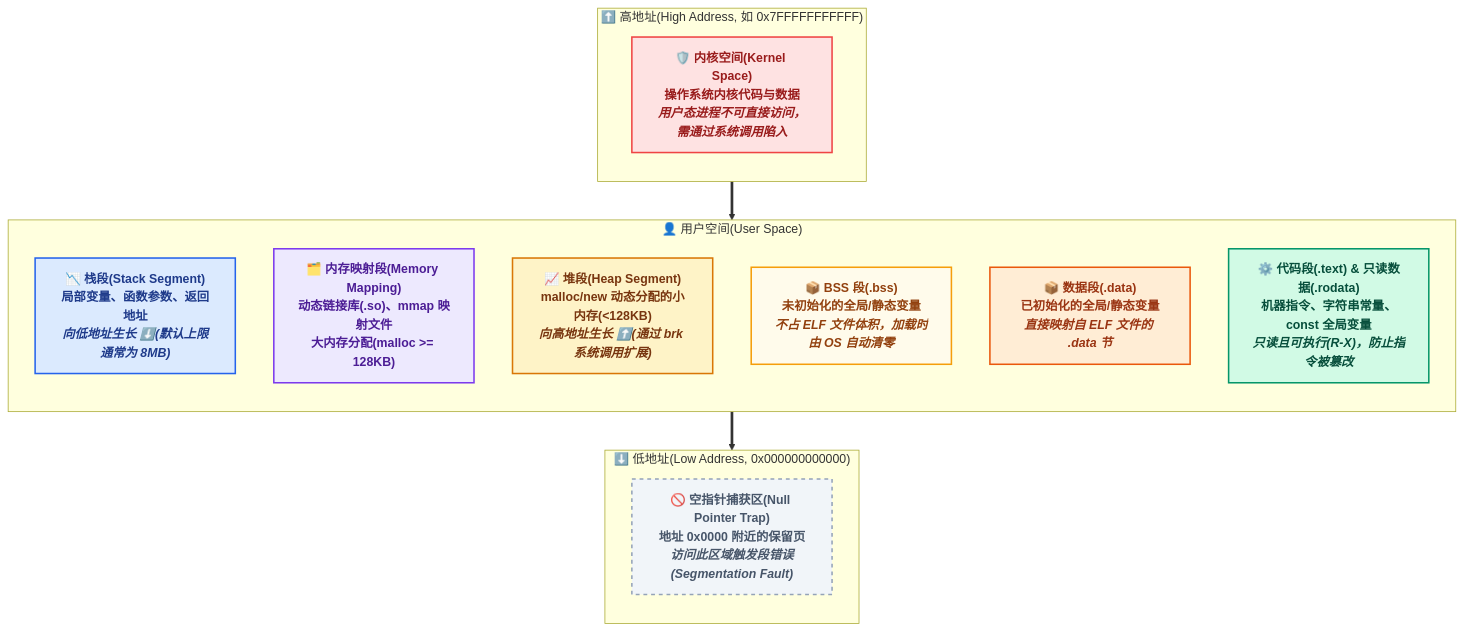
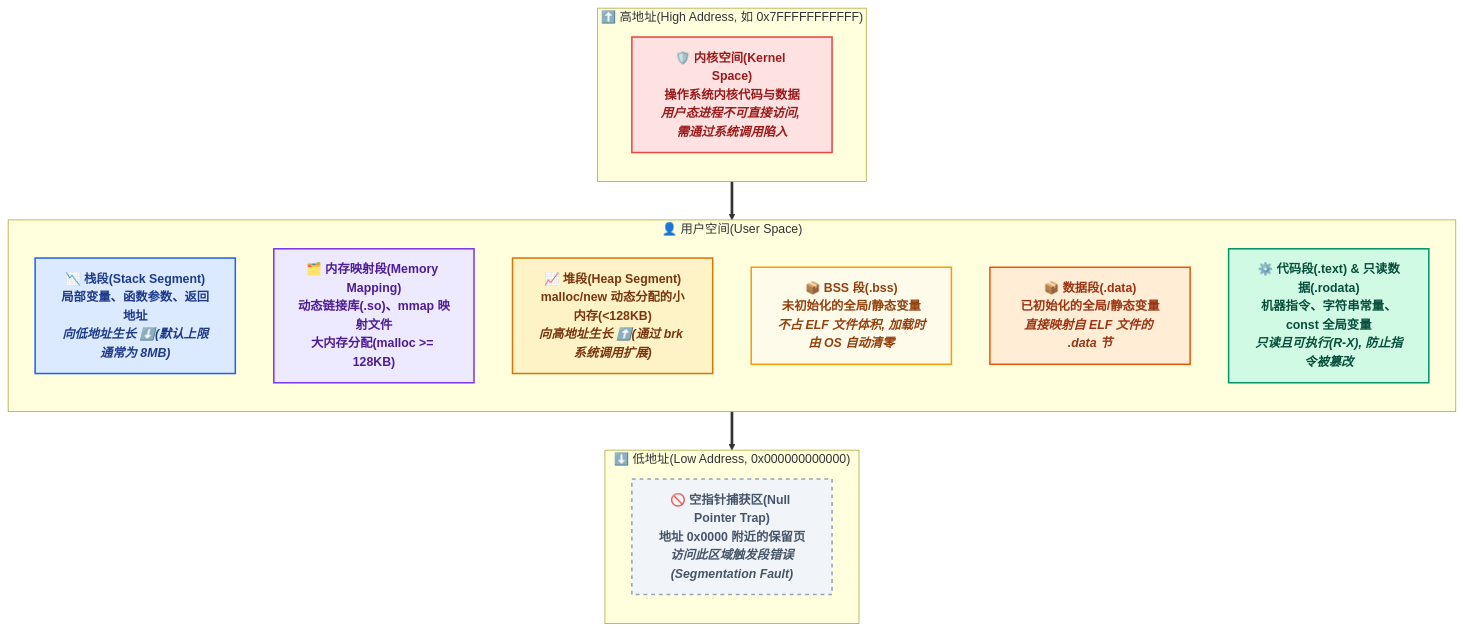
Before and after one commit to dmjcb/dmjcb.github.io: the ninth of 10 diagrams in _posts/c_c++/compile/2021-06-15-编译过程.md, drawn with Mermaid. The commit also changed other lines of this file and 12 other files, not shown here.

````diff
--- a/_posts/c_c++/compile/2021-06-15-编译过程.md
+++ b/_posts/c_c++/compile/2021-06-15-编译过程.md
@@ -976,51 +976,51 @@
 ```mermaid
 flowchart TD
     %% 样式定义(延续前文色彩体系)
     classDef kernel fill:#fee2e2,stroke:#ef4444,stroke-width:2px,color:#991b1b,font-weight:bold;
     classDef stack fill:#dbeafe,stroke:#2563eb,stroke-width:2px,color:#1e3a8a,font-weight:bold;
     classDef mmap fill:#ede9fe,stroke:#7c3aed,stroke-width:2px,color:#4c1d95,font-weight:bold;
     classDef heap fill:#fef3c7,stroke:#d97706,stroke-width:2px,color:#78350f,font-weight:bold;
     classDef data fill:#ffedd5,stroke:#ea580c,stroke-width:2px,color:#9a3412,font-weight:bold;
     classDef bss fill:#fffbeb,stroke:#f59e0b,stroke-width:2px,color:#92400e,font-weight:bold;
     classDef text fill:#d1fae5,stroke:#059669,stroke-width:2px,color:#064e3b,font-weight:bold;
     classDef nullZone fill:#f1f5f9,stroke:#94a3b8,stroke-width:2px,color:#475569,font-weight:bold,stroke-dasharray: 5 5;
 
     subgraph HighAddr ["⬆️ 高地址(High Address, 如 0x7FFFFFFFFFFF)"]
         direction TB
-        K["🛡️ <b>内核空间(Kernel Space)</b><br/>操作系统内核代码与数据<br/><i>用户态进程不可直接访问，需通过系统调用陷入</i>"]
+        K["🛡️ <b>内核空间(Kernel Space)</b><br/>操作系统内核代码与数据<br/><i>用户态进程不可直接访问, 需通过系统调用陷入</i>"]
     end
 
     subgraph UserSpace ["👤 用户空间(User Space)"]
         direction TB
         S["📉 <b>栈段(Stack Segment)</b><br/>局部变量、函数参数、返回地址<br/><i>向低地址生长 ⬇️(默认上限通常为 8MB)</i>"]
         
         M["🗂️ <b>内存映射段(Memory Mapping)</b><br/>动态链接库(.so)、mmap 映射文件<br/>大内存分配(malloc >= 128KB)"]
         
         H["📈 <b>堆段(Heap Segment)</b><br/>malloc/new 动态分配的小内存(<128KB)<br/><i>向高地址生长 ⬆️(通过 brk 系统调用扩展)</i>"]
         
-        B["📦 <b>BSS 段(.bss)</b><br/>未初始化的全局/静态变量<br/><i>不占 ELF 文件体积，加载时由 OS 自动清零</i>"]
+        B["📦 <b>BSS 段(.bss)</b><br/>未初始化的全局/静态变量<br/><i>不占 ELF 文件体积, 加载时由 OS 自动清零</i>"]
         
         D["📦 <b>数据段(.data)</b><br/>已初始化的全局/静态变量<br/><i>直接映射自 ELF 文件的 .data 节</i>"]
         
-        T["⚙️ <b>代码段(.text) & 只读数据(.rodata)</b><br/>机器指令、字符串常量、const 全局变量<br/><i>只读且可执行(R-X)，防止指令被篡改</i>"]
+        T["⚙️ <b>代码段(.text) & 只读数据(.rodata)</b><br/>机器指令、字符串常量、const 全局变量<br/><i>只读且可执行(R-X), 防止指令被篡改</i>"]
     end
 
     subgraph LowAddr ["⬇️ 低地址(Low Address, 0x000000000000)"]
         direction TB
         Null["🚫 <b>空指针捕获区(Null Pointer Trap)</b><br/>地址 0x0000 附近的保留页<br/><i>访问此区域触发段错误(Segmentation Fault)</i>"]
     end
 
     %% 连线表示地址递减方向
     HighAddr ==> UserSpace ==> LowAddr
 
     %% 应用样式
     class K kernel;
     class S stack;
     class M mmap;
     class H heap;
     class D data;
     class B bss;
     class T text;
     class Null nullZone;
 
 ```
````
